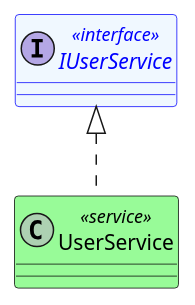
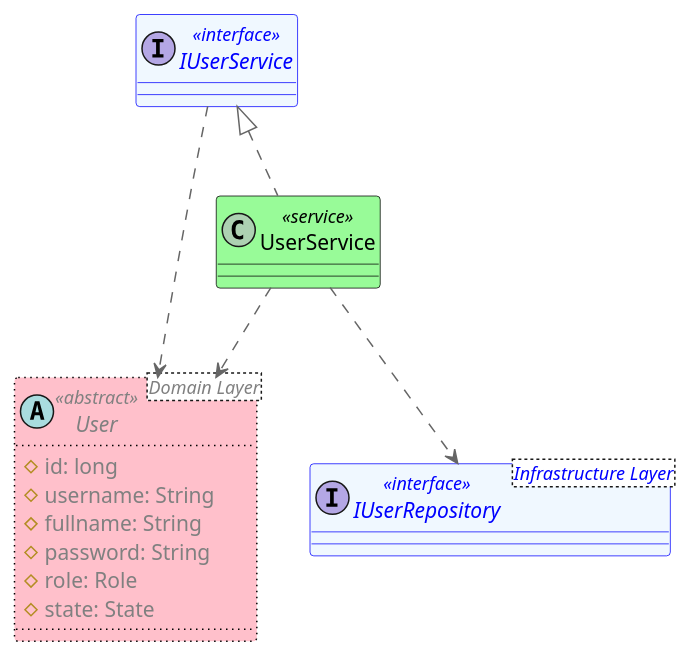
Before and after one commit to FernandoMulato/Piedrazul-Medical-Services-Network: the diagram in 1.Project-with_Monolithic_Architecture/mod_app_piedrazul_medical_services_network/Application/dClassApplication.puml, drawn with PlantUML. The commit also changed 34 other files, not shown here.

```diff
--- a/1.Project-with_Monolithic_Architecture/mod_app_piedrazul_medical_services_network/Application/dClassApplication.puml
+++ b/1.Project-with_Monolithic_Architecture/mod_app_piedrazul_medical_services_network/Application/dClassApplication.puml
@@ -1,4 +1,27 @@
-interface IUserService <<interface>> #aliceblue;line:blue;text:blue {
-      }
-      class UserService <<service>> #PaleGreen;line:Black;text:Black implements IUserService {
-      }
+@startuml ApplicationClasses
+
+!include https://raw.githubusercontent.com/plantuml-stdlib/C4-PlantUML/master/C4_Deployment.puml
+
+interface IUserService <<interface>> #aliceblue;line:blue;text:blue {}
+class UserService <<service>> #PaleGreen;line:Black;text:Black implements IUserService {}
+
+' from domain layer
+abstract User<Domain Layer> <<abstract>> #Pink;line:Black;line.dotted;text:gray {
+  # id: long 
+  # username: String
+  # fullname: String
+  # password: String
+  # role: Role
+  # state: State
+}
+
+' from infrastructure layer
+interface IUserRepository<Infrastructure Layer> <<interface>> #aliceblue;line:blue;text:blue {
+
+}
+
+IUserService ..> User
+UserService ..> User
+UserService ..> IUserRepository
+
+@enduml
```
